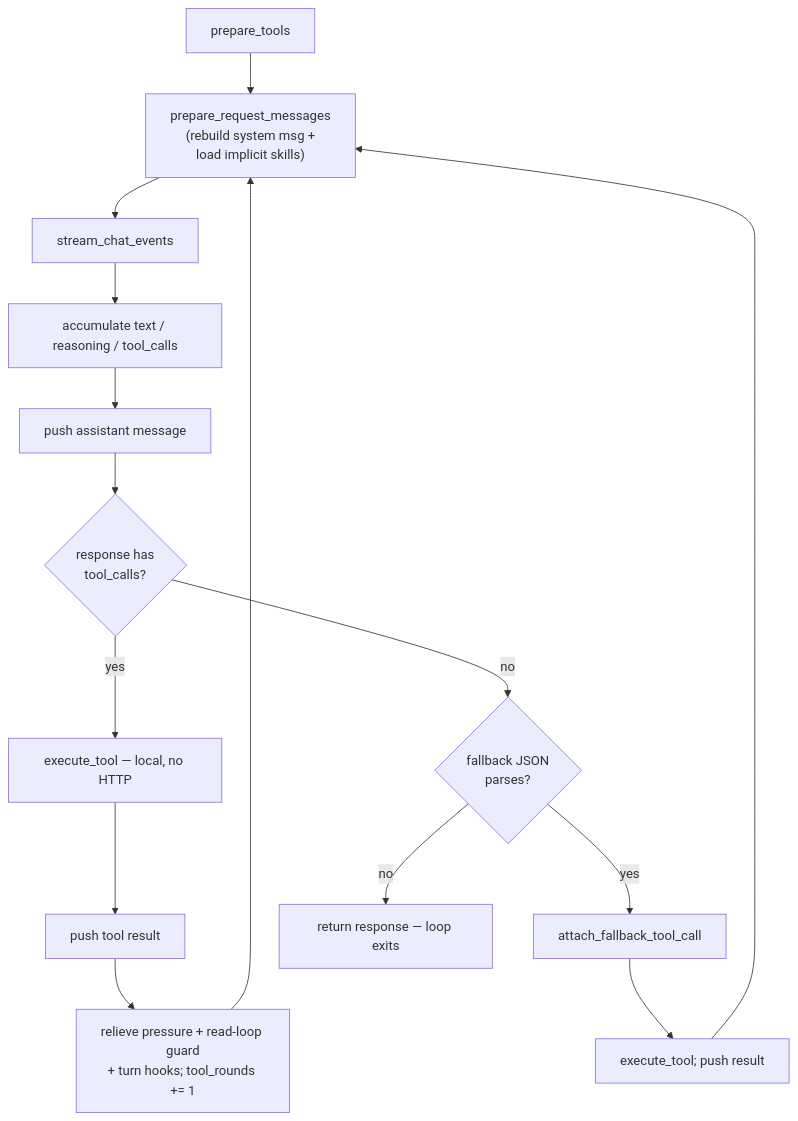
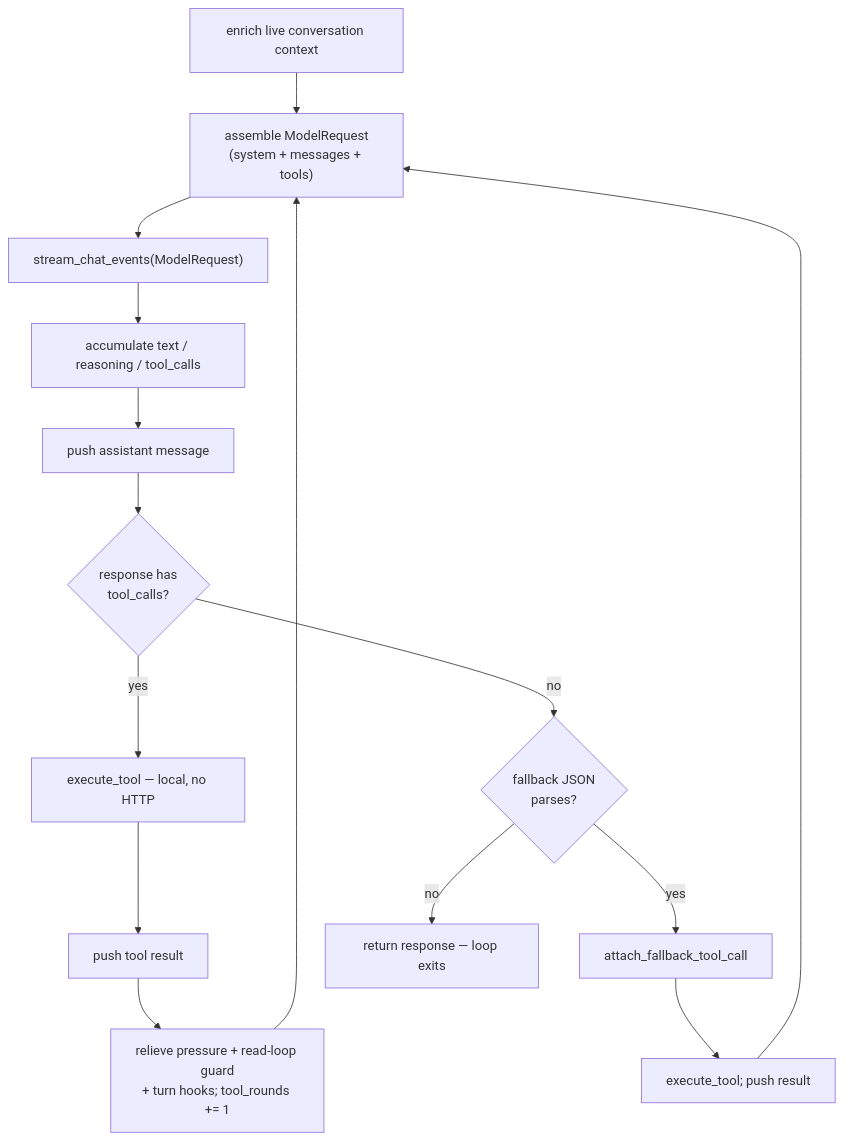
One commit to ming2k/muta changed the diagram in docs/explanation/request-flow.md. Above: the diagram before and after it, drawn with Mermaid. The commit also changed 45 other files, not shown here.

Commit message:
refactor model request boundary

````diff
--- a/docs/explanation/request-flow.md
+++ b/docs/explanation/request-flow.md
@@ -145,17 +145,17 @@
 ```mermaid
 flowchart TD
-    A["prepare_tools"] --> C["prepare_request_messages<br/>(rebuild system msg +<br/>load implicit skills)"]
-    C --> D["stream_chat_events"]
+    A["enrich live conversation context"] --> C["assemble ModelRequest<br/>(system + messages + tools)"]
+    C --> D["stream_chat_events(ModelRequest)"]
     D --> E["accumulate text / reasoning / tool_calls"]
     E --> F["push assistant message"]
     F --> G{"response has<br/>tool_calls?"}
     G -- yes --> I["execute_tool — local, no HTTP"]
     I --> J["push tool result"]
     J --> K["relieve pressure + read-loop guard<br/>+ turn hooks; tool_rounds += 1"]
     K --> C
     G -- no --> L{"fallback JSON<br/>parses?"}
     L -- yes --> M["attach_fallback_tool_call"]
     M --> N["execute_tool; push result"]
     N --> C
     L -- no --> O["return response — loop exits"]
 ```
````
